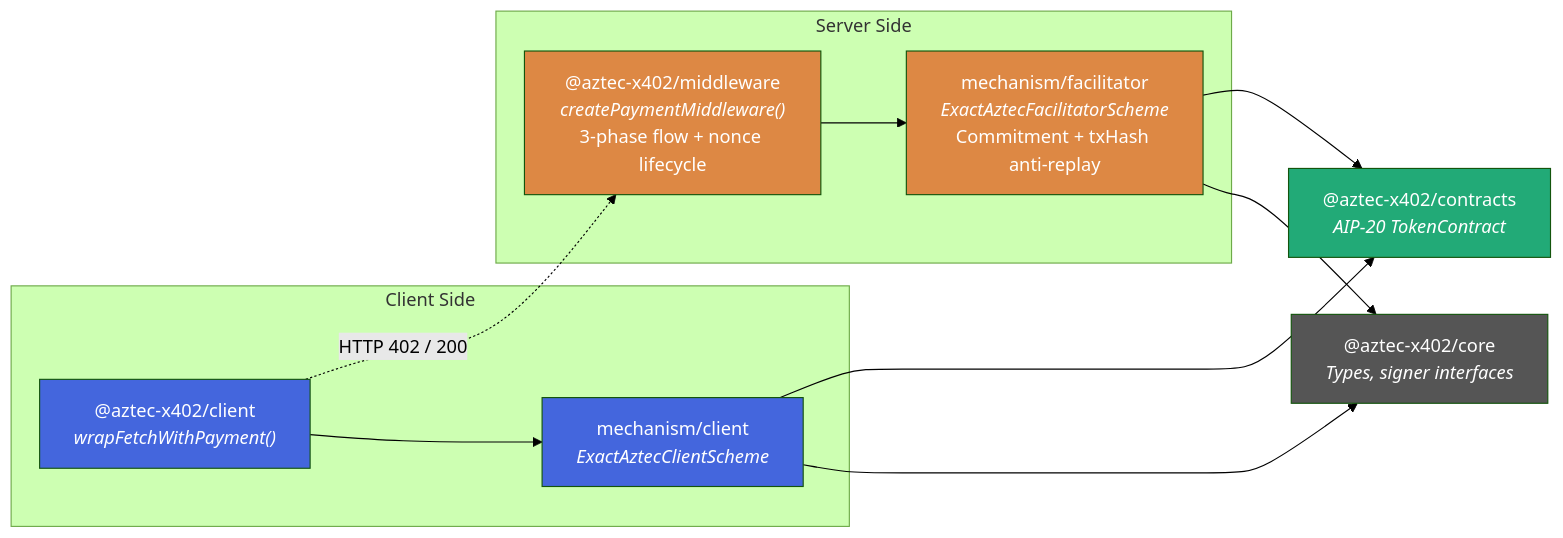
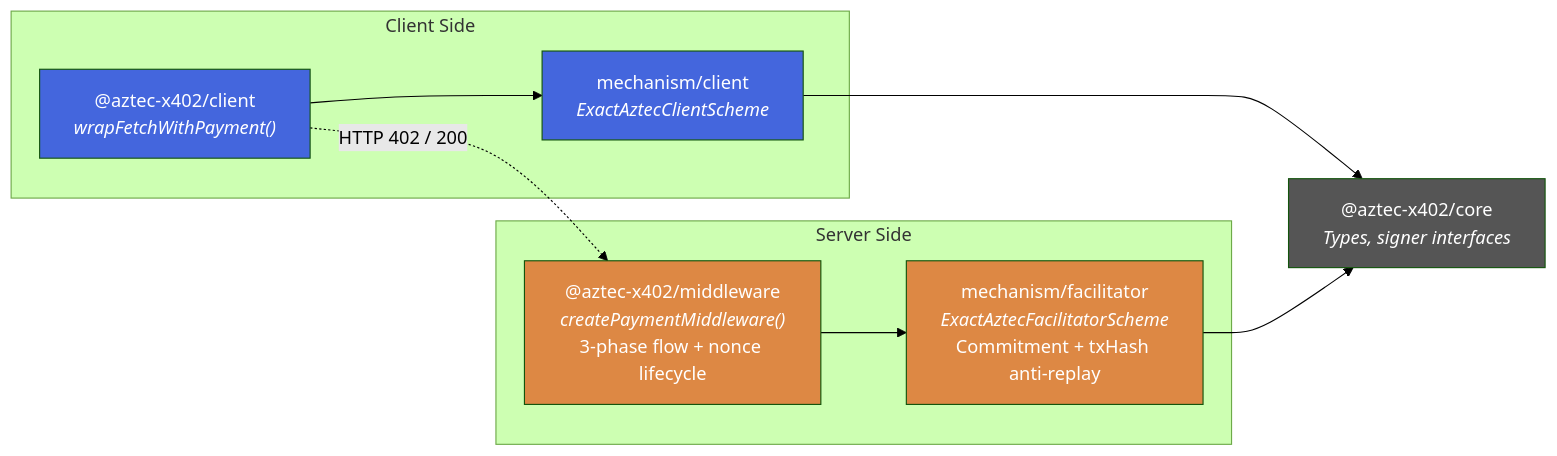
One commit to Galactica-corp/aztec-x402 changed the second of 2 diagrams in readme.md. Above: the diagram before and after it, drawn with Mermaid (forest theme). The commit also changed other lines of this file and 11 other files, not shown here.

````diff
--- a/readme.md
+++ b/readme.md
@@ -107,30 +107,26 @@
 ```mermaid
 graph LR
     subgraph Client Side
         CL["@aztec-x402/client<br/><i>wrapFetchWithPayment()</i>"]
         MC["mechanism/client<br/><i>ExactAztecClientScheme</i>"]
     end
 
     subgraph Server Side
         MW["@aztec-x402/middleware<br/><i>createPaymentMiddleware()</i><br/>3-phase flow + nonce lifecycle"]
         MF["mechanism/facilitator<br/><i>ExactAztecFacilitatorScheme</i><br/>Commitment + txHash anti-replay"]
     end
 
-    CT["@aztec-x402/contracts<br/><i>AIP-20 TokenContract</i>"]
     CO["@aztec-x402/core<br/><i>Types, signer interfaces</i>"]
 
     CL --> MC
     MW --> MF
     MC --> CO
     MF --> CO
     CL -.->|HTTP 402 / 200| MW
-    MF --> CT
-    MC --> CT
 
     style CL fill:#46d,color:#fff
     style MC fill:#46d,color:#fff
     style MW fill:#d84,color:#fff
     style MF fill:#d84,color:#fff
-    style CT fill:#2a7,color:#fff
     style CO fill:#555,color:#fff
 ```
````
